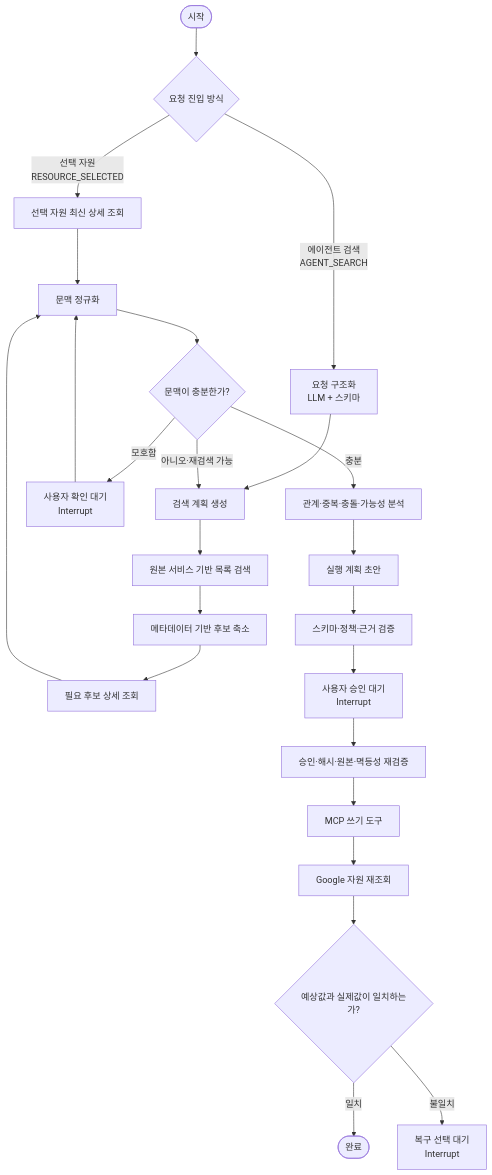
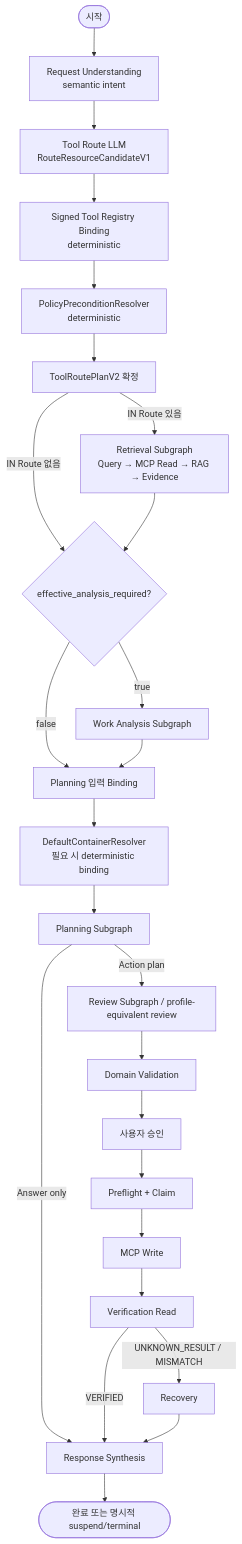
One commit to solar-ai-dev/google-work-agent changed the fourth of 16 diagrams in docs/03-system-architecture.md. Above: the diagram before and after it, drawn with Mermaid. The commit also changed other lines of this file and 10 other files, not shown here.

````diff
--- a/docs/03-system-architecture.md
+++ b/docs/03-system-architecture.md
@@ -593,26 +569,27 @@
 ```mermaid
 flowchart TB
-    S(["시작"]) --> ENTRY{"요청 진입 방식"}
-    ENTRY -->|"선택 자원<br>RESOURCE_SELECTED"| SD["선택 자원 최신 상세 조회"]
-    ENTRY -->|"에이전트 검색<br>AGENT_SEARCH"| INT["요청 구조화<br>LLM + 스키마"]
-    INT --> RP["검색 계획 생성"]
-    RP --> RET["원본 서비스 기반 목록 검색"]
-    SD --> CTX["문맥 정규화"]
-    RET --> REDUCE["메타데이터 기반 후보 축소"]
-    REDUCE --> DETAIL["필요 후보 상세 조회"]
-    DETAIL --> CTX
-    CTX --> ENOUGH{"문맥이 충분한가?"}
-    ENOUGH -->|"아니오·재검색 가능"| RP
-    ENOUGH -->|"모호함"| Q["사용자 확인 대기<br>Interrupt"]
-    Q --> CTX
-    ENOUGH -->|"충분"| ANALYZE["관계·중복·충돌·가능성 분석"]
-    ANALYZE --> PLAN["실행 계획 초안"]
-    PLAN --> POLICY["스키마·정책·근거 검증"]
-    POLICY --> APPROVAL["사용자 승인 대기<br>Interrupt"]
-    APPROVAL --> PRE["승인·해시·원본·멱등성 재검증"]
-    PRE --> TOOL["MCP 쓰기 도구"]
-    TOOL --> GET["Google 자원 재조회"]
-    GET --> VER{"예상값과 실제값이 일치하는가?"}
-    VER -->|"일치"| DONE(["완료"])
-    VER -->|"불일치"| REC["복구 선택 대기<br>Interrupt"]
+    S(["시작"]) --> RU["Request Understanding<br/>semantic intent"]
+    RU --> TR["Tool Route LLM<br/>RouteResourceCandidateV1"]
+    TR --> RB["Signed Tool Registry Binding<br/>deterministic"]
+    RB --> PP["PolicyPreconditionResolver<br/>deterministic"]
+    PP --> ROUTE["ToolRoutePlanV2 확정"]
+    ROUTE -->|"IN Route 있음"| RET["Retrieval Subgraph<br/>Query → MCP Read → RAG → Evidence"]
+    ROUTE -->|"IN Route 없음"| EA{"effective_analysis_required?"}
+    RET --> EA
+    EA -->|"true"| ANA["Work Analysis Subgraph"]
+    EA -->|"false"| PB["Planning 입력 Binding"]
+    ANA --> PB
+    PB --> DCR["DefaultContainerResolver<br/>필요 시 deterministic binding"]
+    DCR --> PLAN["Planning Subgraph"]
+    PLAN -->|"Answer only"| RESP["Response Synthesis"]
+    PLAN -->|"Action plan"| REV["Review Subgraph / profile-equivalent review"]
+    REV --> DOM["Domain Validation"]
+    DOM --> APP["사용자 승인"]
+    APP --> PRE["Preflight + Claim"]
+    PRE --> EXEC["MCP Write"]
+    EXEC --> VER["Verification Read"]
+    VER -->|"VERIFIED"| RESP
+    VER -->|"UNKNOWN_RESULT / MISMATCH"| REC["Recovery"]
+    REC --> RESP
+    RESP --> DONE(["완료 또는 명시적 suspend/terminal"])
 ```
````
